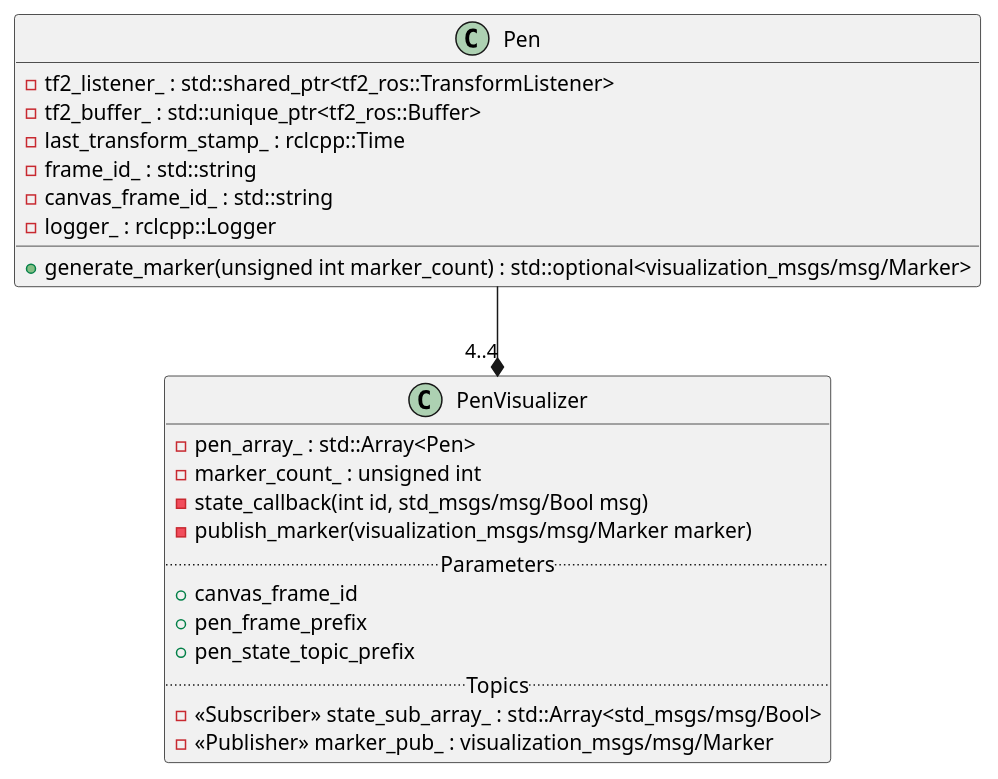
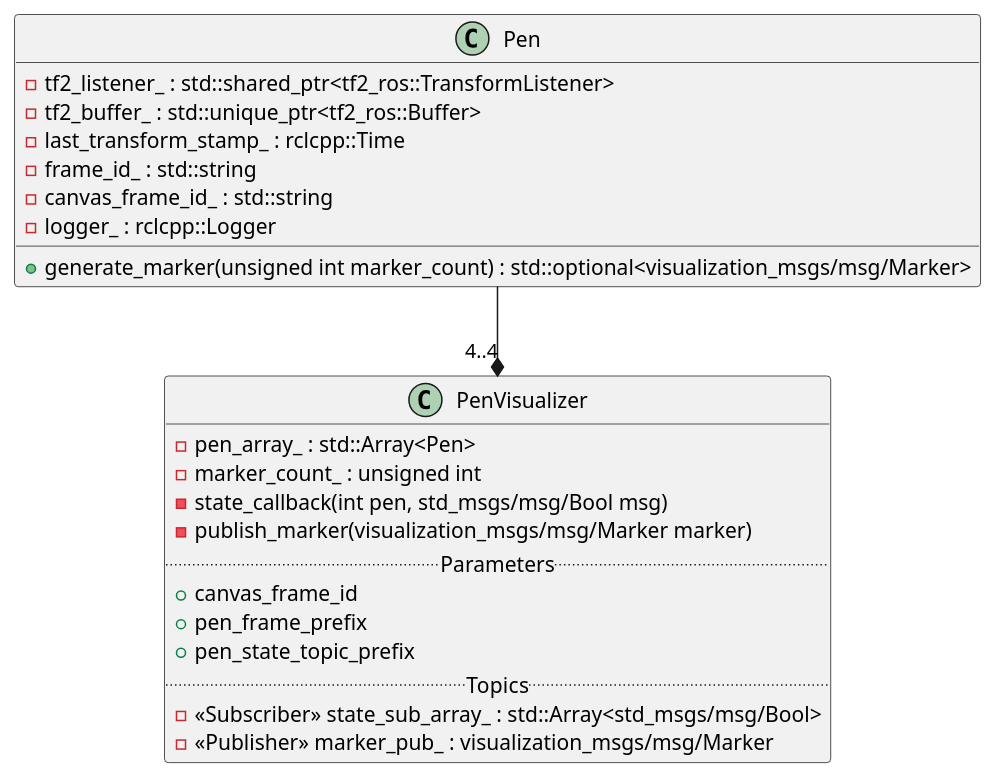
Before and after one commit to zbrotherton/RRC-RAI-ROS2: the first of 2 diagrams in docs/puml/pen_visualizer.puml, drawn with PlantUML. The commit also changed 3 other files, not shown here.

```diff
--- a/docs/puml/pen_visualizer.puml
+++ b/docs/puml/pen_visualizer.puml
@@ -1,28 +1,28 @@
 @startuml PenVisualizerClass
 
 class Pen{
     -tf2_listener_ : std::shared_ptr<tf2_ros::TransformListener>
     -tf2_buffer_ : std::unique_ptr<tf2_ros::Buffer>
     -last_transform_stamp_ : rclcpp::Time 
     -frame_id_ : std::string
     -canvas_frame_id_ : std::string
     -logger_ : rclcpp::Logger
     +generate_marker(unsigned int marker_count) : std::optional<visualization_msgs/msg/Marker>
 }
 
 class PenVisualizer{
     -pen_array_ : std::Array<Pen>
     -marker_count_ : unsigned int
-    -state_callback(int id, std_msgs/msg/Bool msg)
+    -state_callback(int pen, std_msgs/msg/Bool msg)
     -publish_marker(visualization_msgs/msg/Marker marker)
     .. Parameters ..
     +canvas_frame_id
     +pen_frame_prefix
     +pen_state_topic_prefix
     .. Topics ..
     -<<Subscriber>> state_sub_array_ : std::Array<std_msgs/msg/Bool>
     -<<Publisher>> marker_pub_ : visualization_msgs/msg/Marker
 }
 
 Pen --* "4..4" PenVisualizer
 @enduml
```
